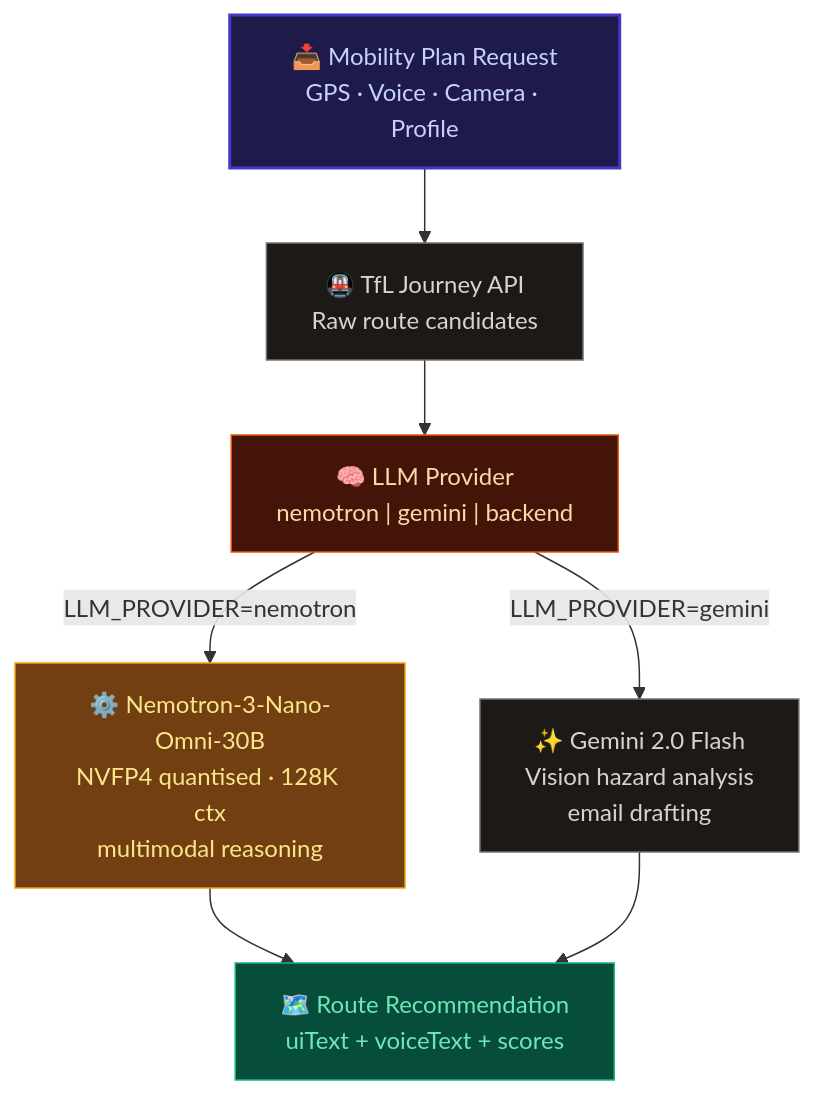
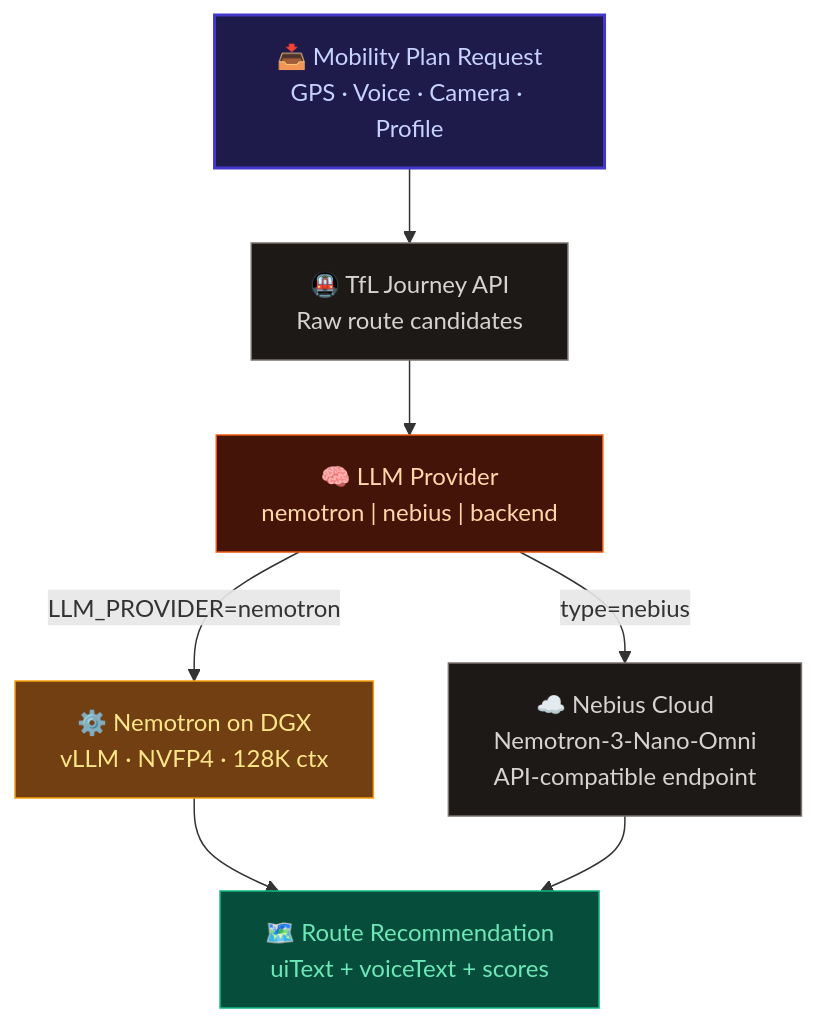
Before and after one commit to hjklasdfg/layla: the third of 3 diagrams in README.md, drawn with Mermaid. The commit also changed other lines of this file and 1 other file, not shown here.

Commit message:
Fix README: Nebius not Gemini; vllm-active unless-stopped; add restart to vllm script

````diff
--- a/README.md
+++ b/README.md
@@ -141,21 +139,21 @@
 ```mermaid
 flowchart TB
     REQ["📥 Mobility Plan Request<br/>GPS · Voice · Camera · Profile"]:::entry
     TFL["🚇 TfL Journey API<br/>Raw route candidates"]:::external
-    LLM["🧠 LLM Provider<br/>nemotron | gemini | backend"]:::decision
-    NEM["⚙️ Nemotron-3-Nano-Omni-30B<br/>NVFP4 quantised · 128K ctx<br/>multimodal reasoning"]:::model
-    GEM["✨ Gemini 2.0 Flash<br/>Vision hazard analysis<br/>email drafting"]:::external
+    LLM["🧠 LLM Provider<br/>nemotron | nebius | backend"]:::decision
+    DGX["⚙️ Nemotron on DGX<br/>vLLM · NVFP4 · 128K ctx"]:::model
+    NEB["☁️ Nebius Cloud<br/>Nemotron-3-Nano-Omni<br/>API-compatible endpoint"]:::external
     OUT["🗺️ Route Recommendation<br/>uiText + voiceText + scores"]:::output
 
     REQ --> TFL --> LLM
-    LLM -->|"LLM_PROVIDER=nemotron"| NEM
-    LLM -->|"LLM_PROVIDER=gemini"| GEM
-    NEM --> OUT
-    GEM --> OUT
+    LLM -->|"LLM_PROVIDER=nemotron"| DGX
+    LLM -->|"type=nebius"| NEB
+    DGX --> OUT
+    NEB --> OUT
 
     classDef entry    fill:#1e1b4b,color:#c7d2fe,stroke:#4338ca,stroke-width:2px
     classDef decision fill:#431407,color:#fed7aa,stroke:#ea580c
     classDef model    fill:#713f12,color:#fde68a,stroke:#f59e0b
     classDef output   fill:#064e3b,color:#6ee7b7,stroke:#10b981
     classDef external fill:#1c1917,color:#d6d3d1,stroke:#78716c
 ```
````
